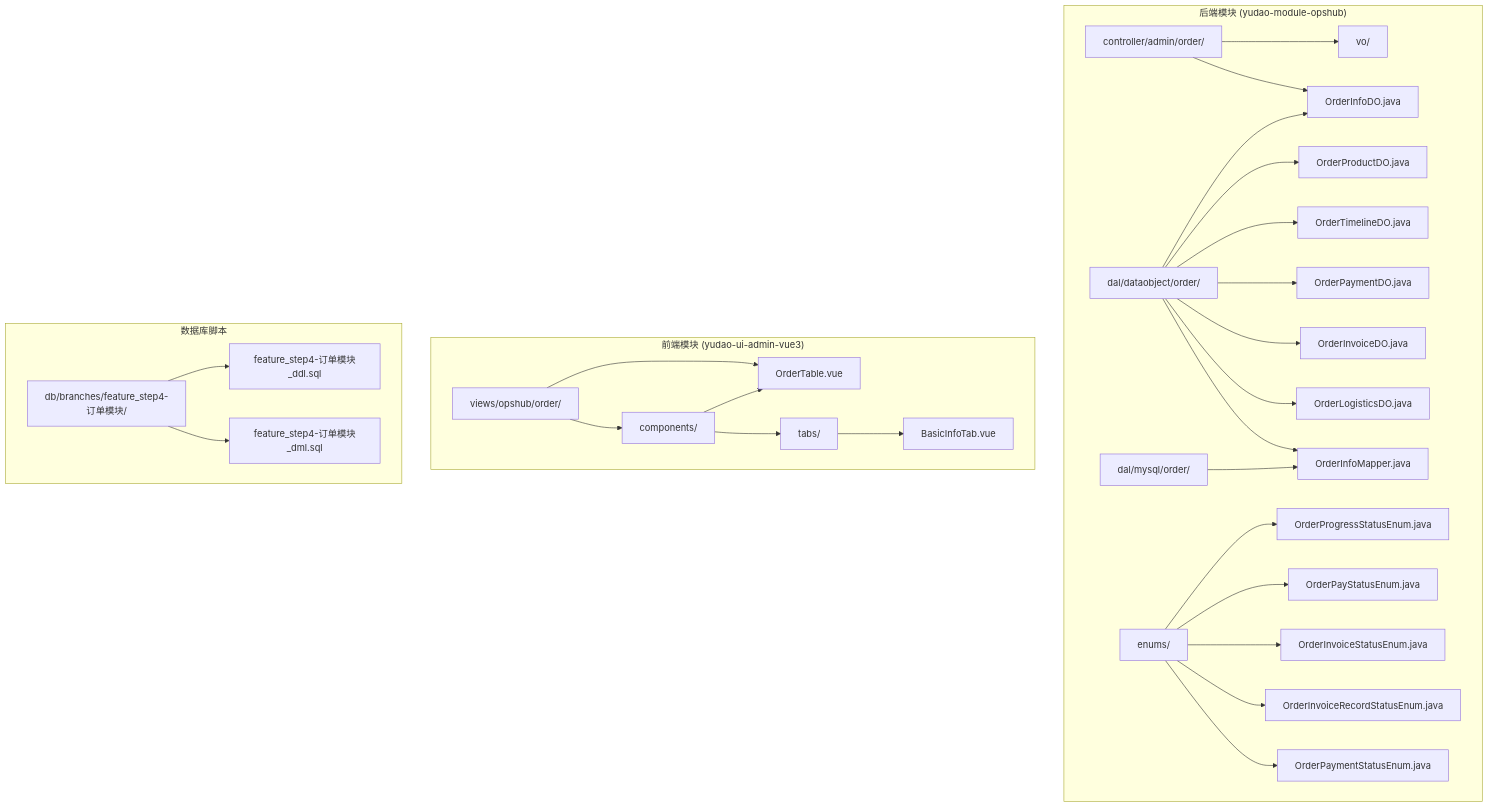
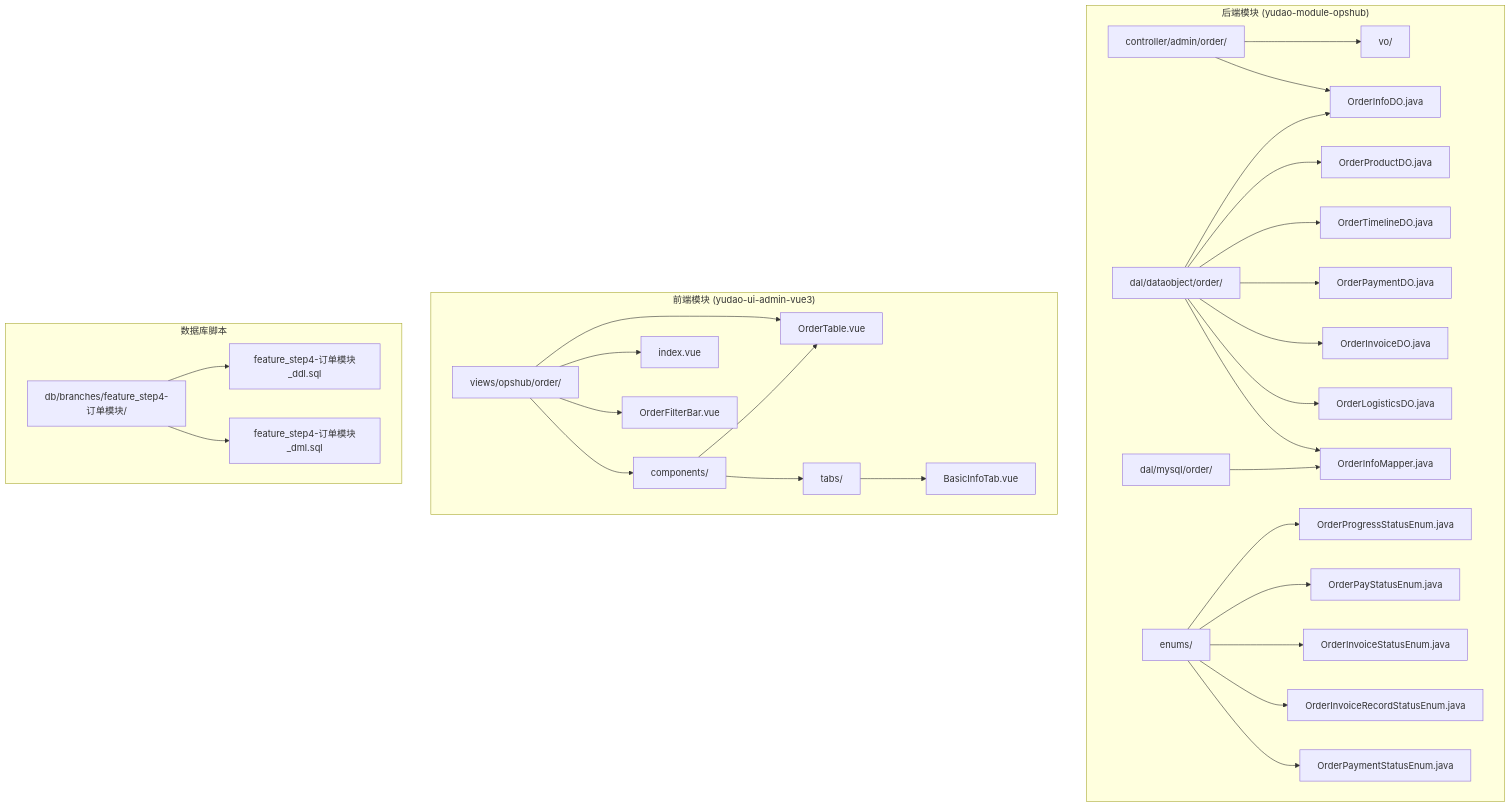
One commit to xiaoche80s-tech/rouyi-vue-pro changed the first of 9 diagrams in .qoder/repowiki/zh/content/核心模块/运营中心模块/订单管理模块.md. Above: the diagram before and after it, drawn with Mermaid. The commit also changed other lines of this file and 158 other files, not shown here.

````diff
--- a/.qoder/repowiki/zh/content/核心模块/运营中心模块/订单管理模块.md
+++ b/.qoder/repowiki/zh/content/核心模块/运营中心模块/订单管理模块.md
@@ -58,32 +59,34 @@
 ```mermaid
 graph TB
 subgraph "后端模块 (yudao-module-opshub)"
 A[controller/admin/order/] --> B[vo/]
 C[dal/dataobject/order/] --> D[OrderInfoDO.java]
 C --> E[OrderProductDO.java]
 C --> F[OrderTimelineDO.java]
 C --> G[OrderPaymentDO.java]
 C --> H[OrderInvoiceDO.java]
 C --> I[OrderLogisticsDO.java]
 J[dal/mysql/order/] --> K[OrderInfoMapper.java]
 L[enums/] --> M[OrderProgressStatusEnum.java]
 L --> N[OrderPayStatusEnum.java]
 L --> O[OrderInvoiceStatusEnum.java]
 L --> P[OrderInvoiceRecordStatusEnum.java]
 L --> Q[OrderPaymentStatusEnum.java]
 end
 subgraph "前端模块 (yudao-ui-admin-vue3)"
 R[views/opshub/order/] --> S[components/]
 S --> T[OrderTable.vue]
 S --> U[tabs/]
 U --> V[BasicInfoTab.vue]
+R --> W[index.vue]
+R --> X[OrderFilterBar.vue]
 end
 subgraph "数据库脚本"
-W[db/branches/feature_step4-订单模块/]
-W --> X[feature_step4-订单模块_ddl.sql]
-W --> Y[feature_step4-订单模块_dml.sql]
+Y[db/branches/feature_step4-订单模块/]
+Y --> Z[feature_step4-订单模块_ddl.sql]
+Y --> AA[feature_step4-订单模块_dml.sql]
 end
 A --> D
 C --> K
 R --> T
 ```
````
